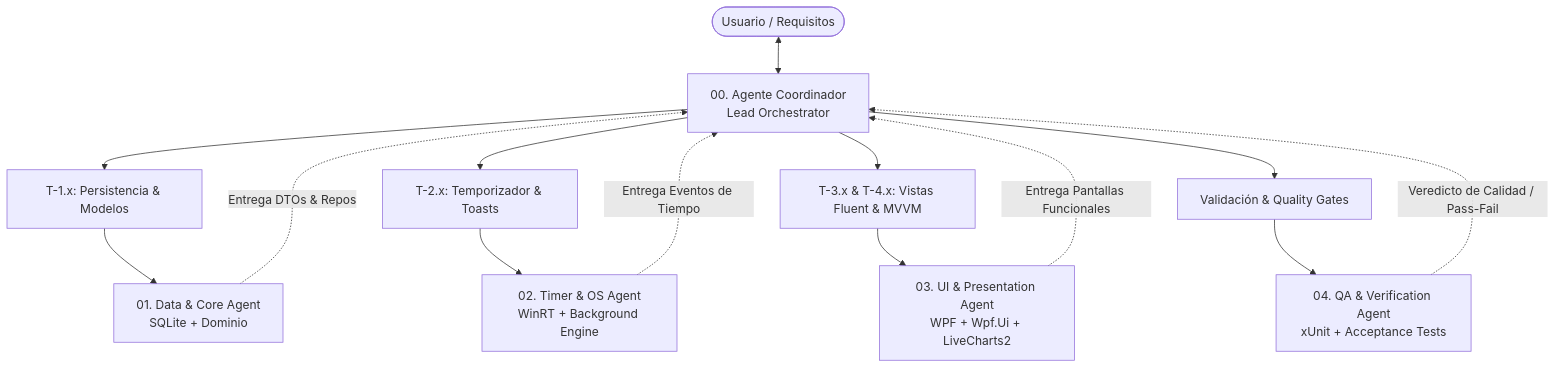
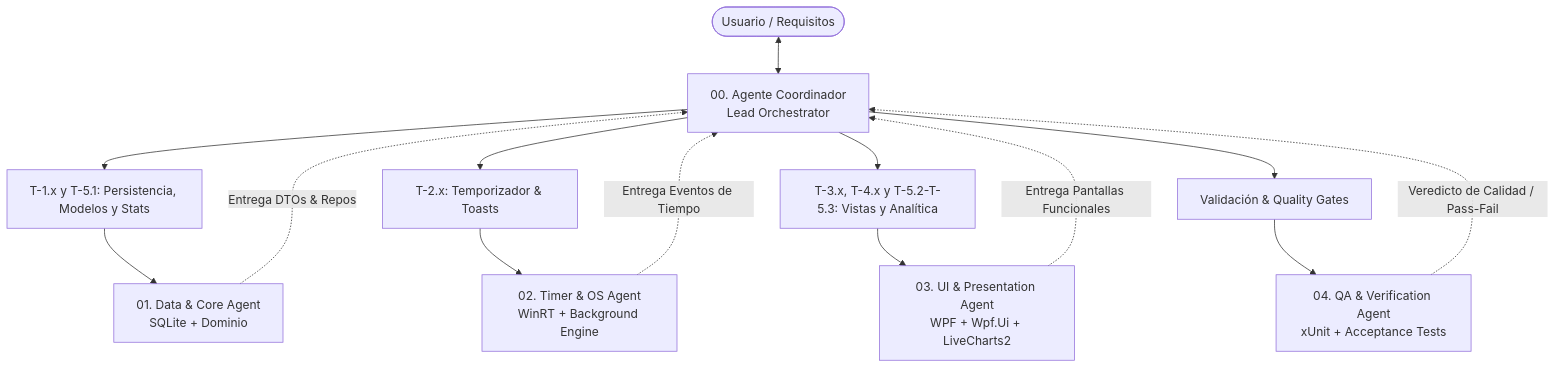
Before and after one commit to jarher/programadorDeEstudios: the diagram in studyProgrammer/AGENTS.md, drawn with Mermaid. The commit also changed other lines of this file and 4 other files, not shown here.

````diff
--- a/studyProgrammer/AGENTS.md
+++ b/studyProgrammer/AGENTS.md
@@ -10,19 +10,19 @@
 ```mermaid
 flowchart TD
     User([Usuario / Requisitos]) <--> Coordinator[00. Agente Coordinador\nLead Orchestrator]
     
-    Coordinator --> Task1[T-1.x: Persistencia & Modelos]
+    Coordinator --> Task1[T-1.x y T-5.1: Persistencia, Modelos y Stats]
     Coordinator --> Task2[T-2.x: Temporizador & Toasts]
-    Coordinator --> Task3[T-3.x & T-4.x: Vistas Fluent & MVVM]
+    Coordinator --> Task3[T-3.x, T-4.x y T-5.2-T-5.3: Vistas y Analítica]
     Coordinator --> Task4[Validación & Quality Gates]
 
     Task1 --> AgentCore[01. Data & Core Agent\nSQLite + Dominio]
     Task2 --> AgentTimer[02. Timer & OS Agent\nWinRT + Background Engine]
     Task3 --> AgentUI[03. UI & Presentation Agent\nWPF + Wpf.Ui + LiveCharts2]
     Task4 --> AgentQA[04. QA & Verification Agent\nxUnit + Acceptance Tests]
 
     AgentCore -.->|Entrega DTOs & Repos| Coordinator
     AgentTimer -.->|Entrega Eventos de Tiempo| Coordinator
     AgentUI -.->|Entrega Pantallas Funcionales| Coordinator
     AgentQA -.->|Veredicto de Calidad / Pass-Fail| Coordinator
 ```
````
